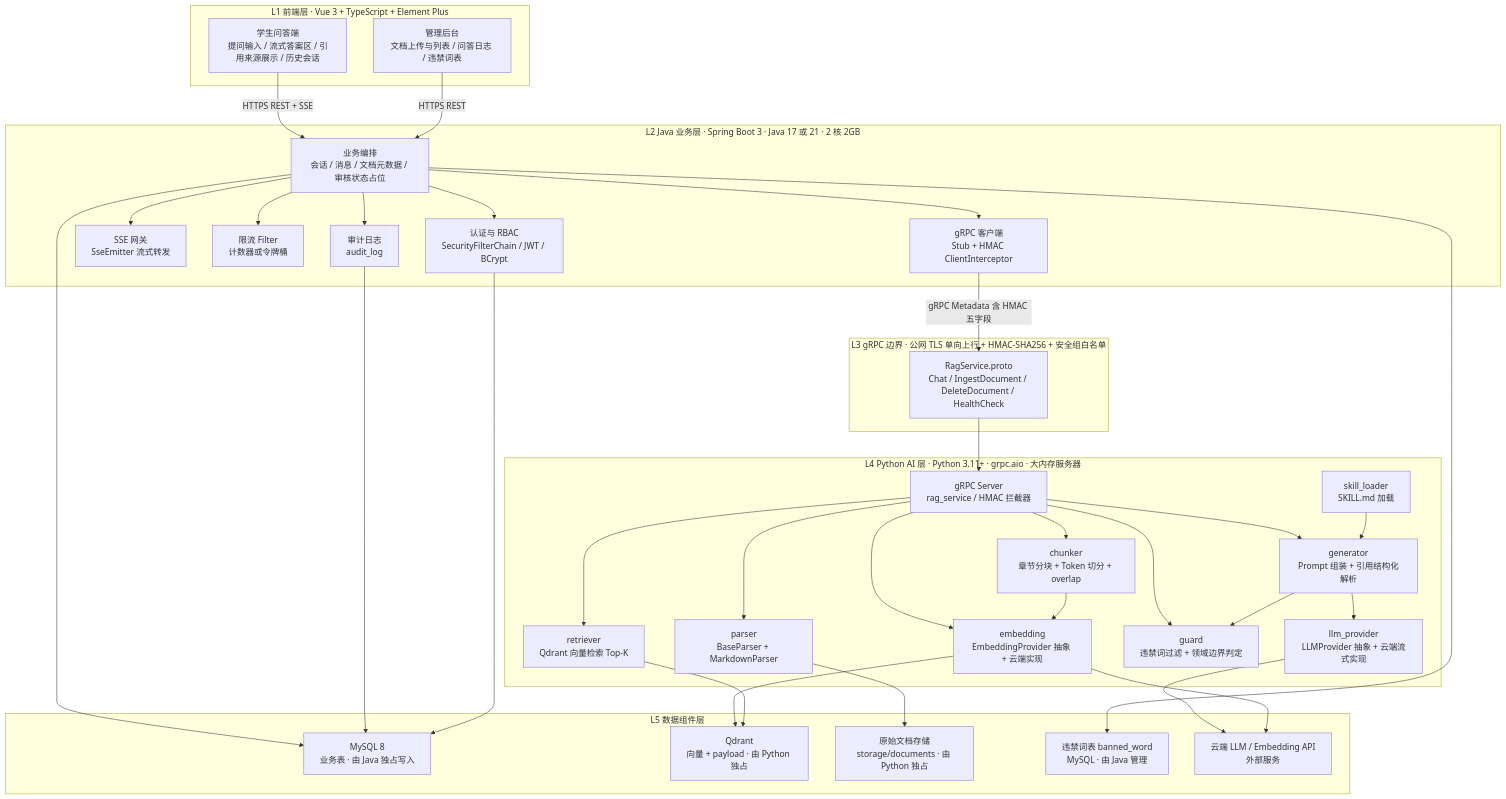
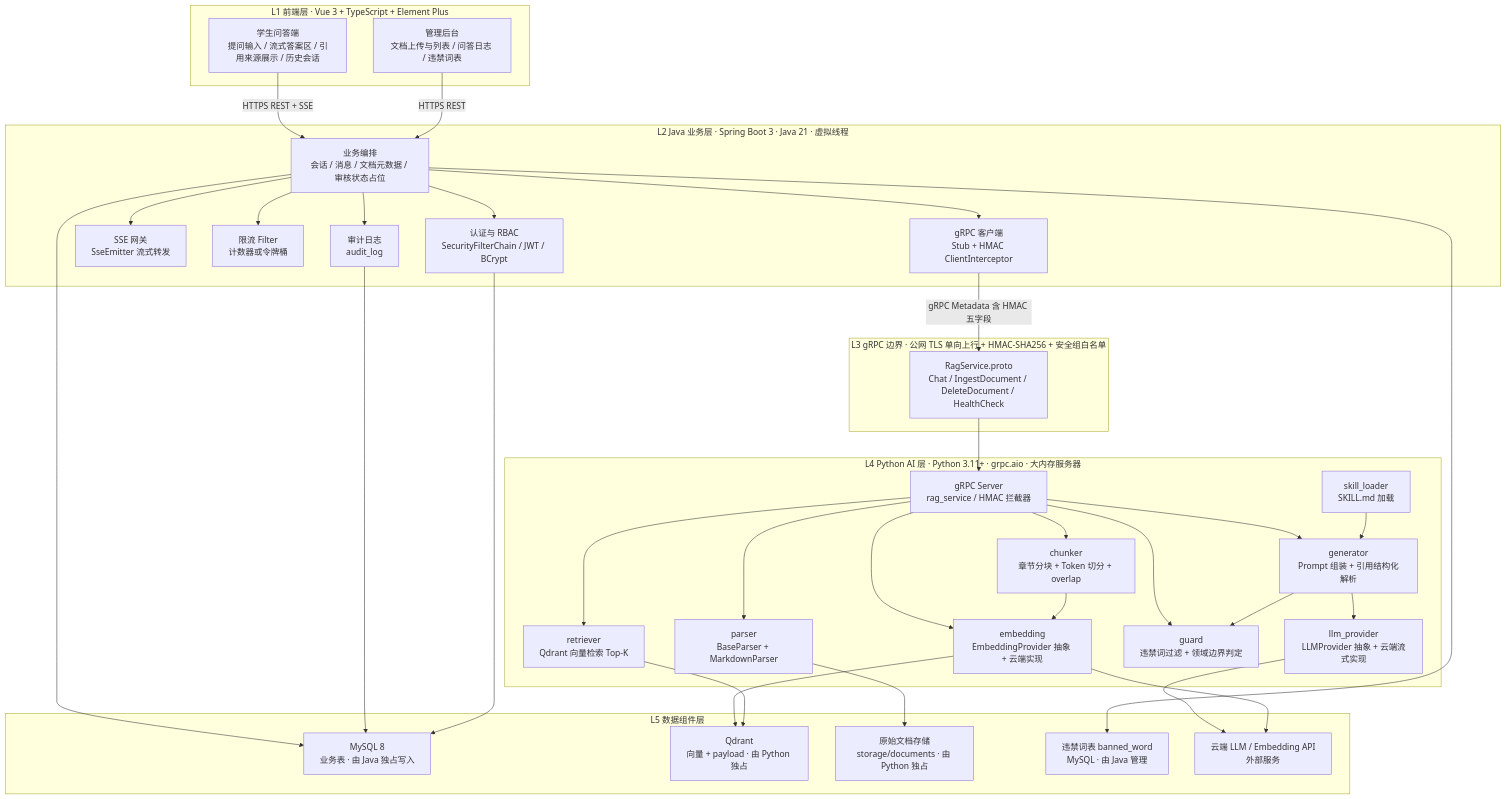
One commit to Hanin-zhang/ncepu-student-handbook-qa changed the first of 6 diagrams in docs/02-总体设计.md. Above: the diagram before and after it, drawn with Mermaid. The commit also changed other lines of this file and 6 other files, not shown here.

````diff
--- a/docs/02-总体设计.md
+++ b/docs/02-总体设计.md
@@ -99,69 +100,69 @@
 ```mermaid
 graph TB
     subgraph L1["L1 前端层 · Vue 3 + TypeScript + Element Plus"]
         F1["学生问答端<br/>提问输入 / 流式答案区 / 引用来源展示 / 历史会话"]
         F2["管理后台<br/>文档上传与列表 / 问答日志 / 违禁词表"]
     end
 
-    subgraph L2["L2 Java 业务层 · Spring Boot 3 · Java 17 或 21 · 2 核 2GB"]
+    subgraph L2["L2 Java 业务层 · Spring Boot 3 · Java 21 · 虚拟线程"]
         J1["认证与 RBAC<br/>SecurityFilterChain / JWT / BCrypt"]
         J2["业务编排<br/>会话 / 消息 / 文档元数据 / 审核状态占位"]
         J3["SSE 网关<br/>SseEmitter 流式转发"]
         J4["限流 Filter<br/>计数器或令牌桶"]
         J5["审计日志<br/>audit_log"]
         J6["gRPC 客户端<br/>Stub + HMAC ClientInterceptor"]
     end
 
     subgraph L3["L3 gRPC 边界 · 公网 TLS 单向上行 + HMAC-SHA256 + 安全组白名单"]
         G1["RagService.proto<br/>Chat / IngestDocument / DeleteDocument / HealthCheck"]
     end
 
     subgraph L4["L4 Python AI 层 · Python 3.11+ · grpc.aio · 大内存服务器"]
         P1["gRPC Server<br/>rag_service / HMAC 拦截器"]
         P2["parser<br/>BaseParser + MarkdownParser"]
         P3["chunker<br/>章节分块 + Token 切分 + overlap"]
         P4["embedding<br/>EmbeddingProvider 抽象 + 云端实现"]
         P5["retriever<br/>Qdrant 向量检索 Top-K"]
         P6["generator<br/>Prompt 组装 + 引用结构化解析"]
         P7["guard<br/>违禁词过滤 + 领域边界判定"]
         P8["skill_loader<br/>SKILL.md 加载"]
         P9["llm_provider<br/>LLMProvider 抽象 + 云端流式实现"]
     end
 
     subgraph L5["L5 数据组件层"]
         D1["MySQL 8<br/>业务表 · 由 Java 独占写入"]
         D2["Qdrant<br/>向量 + payload · 由 Python 独占"]
         D3["原始文档存储<br/>storage/documents · 由 Python 独占"]
         D4["违禁词表 banned_word<br/>MySQL · 由 Java 管理"]
         D5["云端 LLM / Embedding API<br/>外部服务"]
     end
 
     F1 -->|"HTTPS REST + SSE"| J2
     F2 -->|"HTTPS REST"| J2
     J2 --> J1
     J2 --> J4
     J2 --> J3
     J2 --> J5
     J2 --> J6
     J6 -->|"gRPC Metadata 含 HMAC 五字段"| G1
     G1 --> P1
     P1 --> P7
     P1 --> P2
     P1 --> P3
     P1 --> P4
     P1 --> P5
     P1 --> P6
     P6 --> P9
     P6 --> P7
     P8 --> P6
     P3 --> P4
     P4 --> D2
     P5 --> D2
     P2 --> D3
     P9 --> D5
     P4 --> D5
     J2 --> D1
     J5 --> D1
     J1 --> D1
     J2 --> D4
 ```
````
